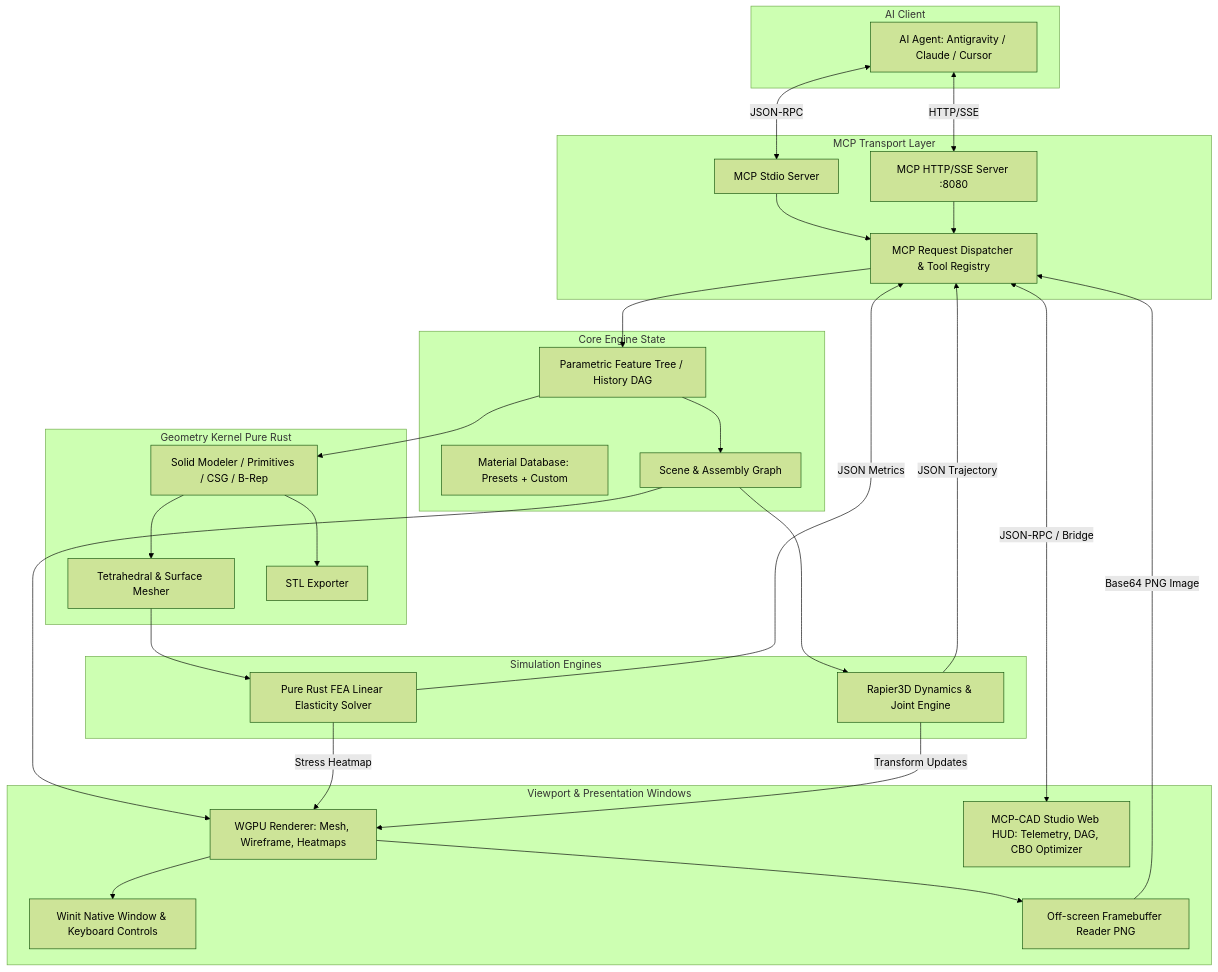
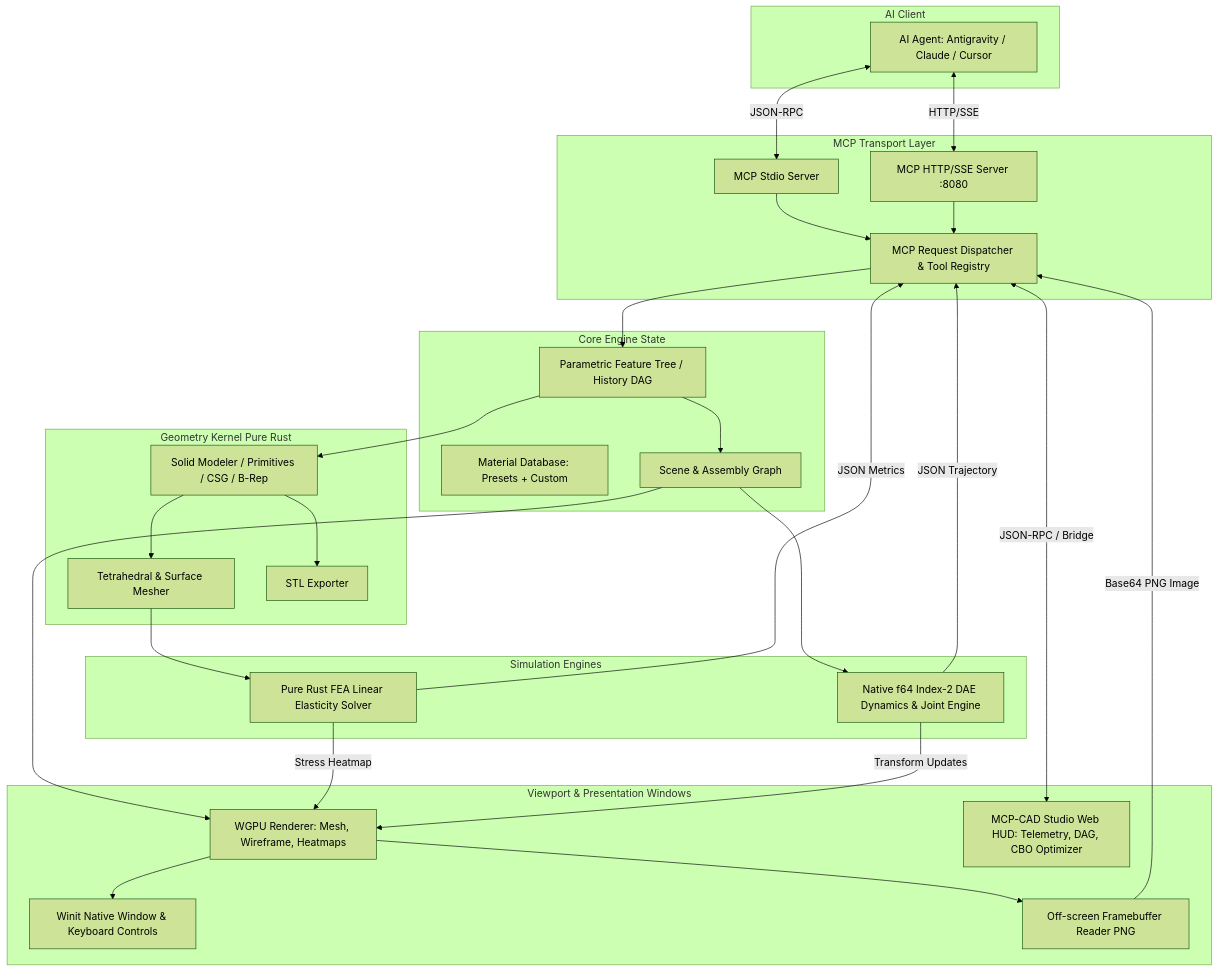
One commit to hofabetlife/chordvibe-cad-mcp changed the diagram in PRD.md. Above: the diagram before and after it, drawn with Mermaid (forest theme). The commit also changed other lines of this file and 38 other files, not shown here.

First line of the commit message:
feat(physics): complete f64 DAE physics engine, collision pipeline, and v0.2.0 docs (P4-T4..P4-T10)

````diff
--- a/PRD.md
+++ b/PRD.md
@@ -49,60 +49,60 @@
 ```mermaid
 graph TD
     subgraph AI Client
         LLM[AI Agent: Antigravity / Claude / Cursor]
     end
 
     subgraph MCP Transport Layer
         MCP_STDIO[MCP Stdio Server]
         MCP_SSE[MCP HTTP/SSE Server :8080]
         DISPATCH[MCP Request Dispatcher & Tool Registry]
     end
 
     subgraph Core Engine State
         DAG[Parametric Feature Tree / History DAG]
         MAT[Material Database: Presets + Custom]
         SCENE[Scene & Assembly Graph]
     end
 
     subgraph Geometry Kernel Pure Rust
         SOLID[Solid Modeler / Primitives / CSG / B-Rep]
         TET_MESH[Tetrahedral & Surface Mesher]
         STL_EXP[STL Exporter]
     end
 
     subgraph Simulation Engines
-        RAPIER[Rapier3D Dynamics & Joint Engine]
+        DAE[Native f64 Index-2 DAE Dynamics & Joint Engine]
         FEA[Pure Rust FEA Linear Elasticity Solver]
     end
 
     subgraph Viewport & Presentation Windows
         WINIT[Winit Native Window & Keyboard Controls]
         WGPU[WGPU Renderer: Mesh, Wireframe, Heatmaps]
         WEB_HUD[MCP-CAD Studio Web HUD: Telemetry, DAG, CBO Optimizer]
         OFFSCREEN[Off-screen Framebuffer Reader PNG]
     end
 
     LLM <-->|JSON-RPC| MCP_STDIO
     LLM <-->|HTTP/SSE| MCP_SSE
     MCP_STDIO --> DISPATCH
     MCP_SSE --> DISPATCH
 
     DISPATCH --> DAG
     DAG --> SOLID
     SOLID --> TET_MESH
     SOLID --> STL_EXP
 
     DAG --> SCENE
-    SCENE --> RAPIER
+    SCENE --> DAE
     TET_MESH --> FEA
 
     SCENE --> WGPU
     FEA -->|Stress Heatmap| WGPU
-    RAPIER -->|Transform Updates| WGPU
+    DAE -->|Transform Updates| WGPU
     WGPU --> WINIT
     DISPATCH <-->|JSON-RPC / Bridge| WEB_HUD
     WGPU --> OFFSCREEN
     OFFSCREEN -->|Base64 PNG Image| DISPATCH
     FEA -->|JSON Metrics| DISPATCH
-    RAPIER -->|JSON Trajectory| DISPATCH
+    DAE -->|JSON Trajectory| DISPATCH
 ```
````
